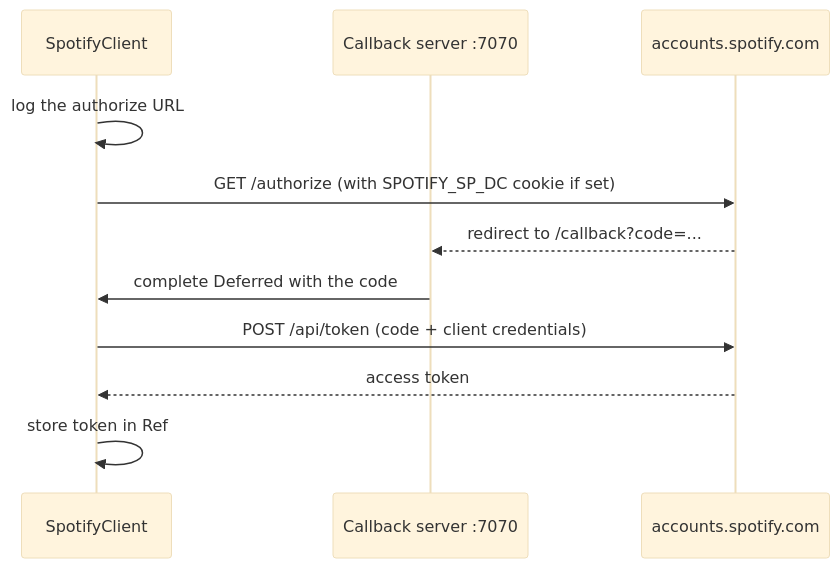
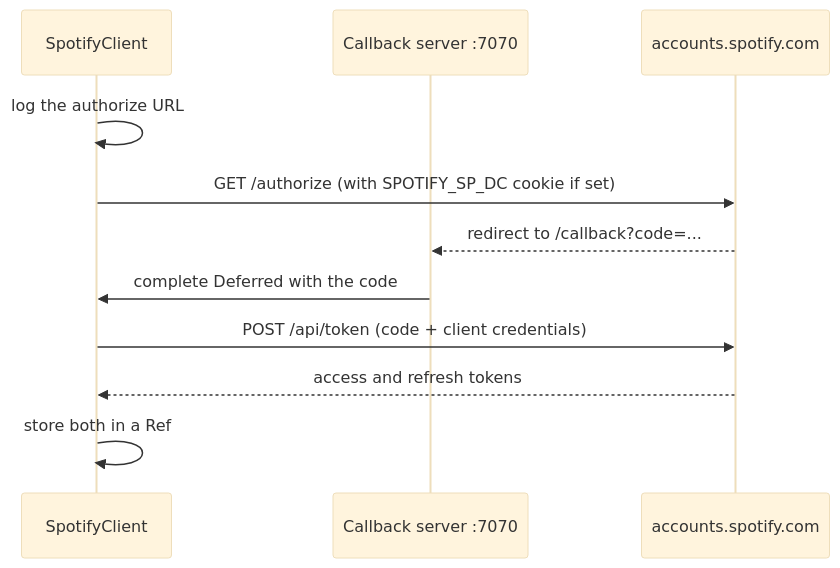
Before and after one commit to LorenzoPrinsloo/spotify-hue-sync: the first of 3 diagrams in docs/how-it-works.md, drawn with Mermaid (base theme). The commit also changed other lines of this file and 7 other files, not shown here.

First line of the commit message:
Renew the Spotify access token when it expires

````diff
--- a/docs/how-it-works.md
+++ b/docs/how-it-works.md
@@ -9,14 +9,14 @@
 ```mermaid
 sequenceDiagram
     participant App as SpotifyClient
     participant CB as Callback server :7070
     participant Acc as accounts.spotify.com
 
     App->>App: log the authorize URL
     App->>Acc: GET /authorize (with SPOTIFY_SP_DC cookie if set)
     Acc-->>CB: redirect to /callback?code=...
     CB->>App: complete Deferred with the code
     App->>Acc: POST /api/token (code + client credentials)
-    Acc-->>App: access token
-    App->>App: store token in Ref
+    Acc-->>App: access and refresh tokens
+    App->>App: store both in a Ref
 ```
````
